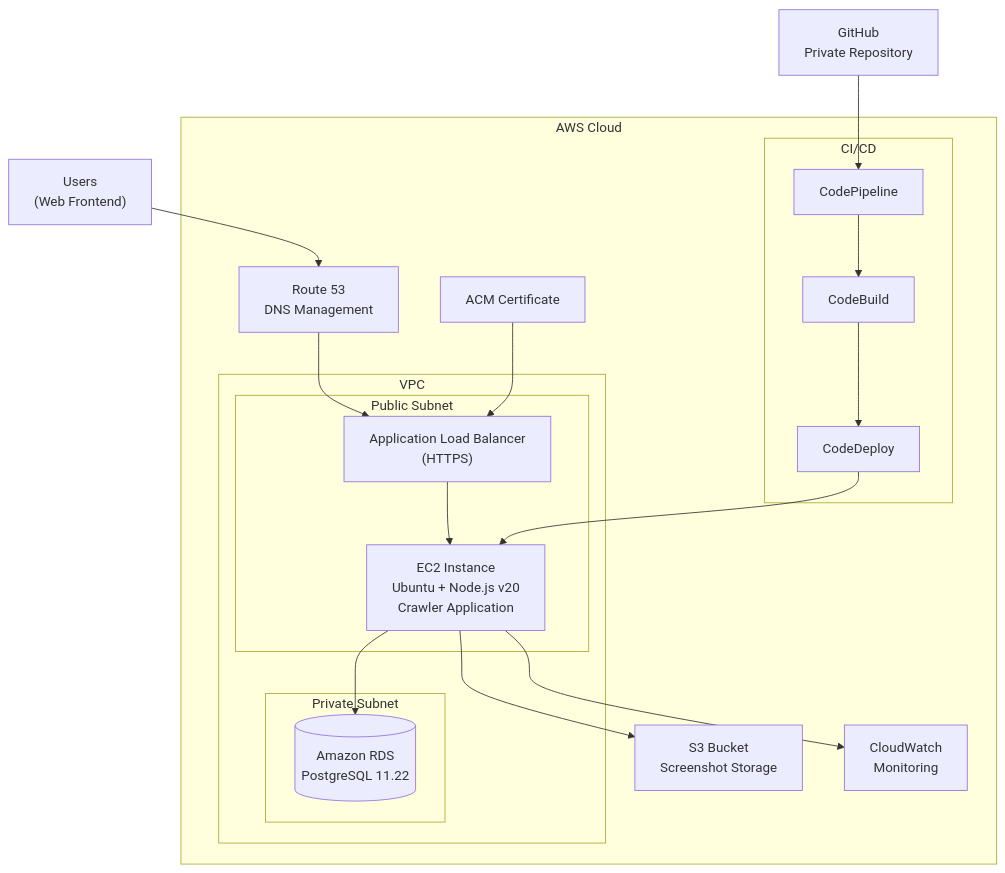
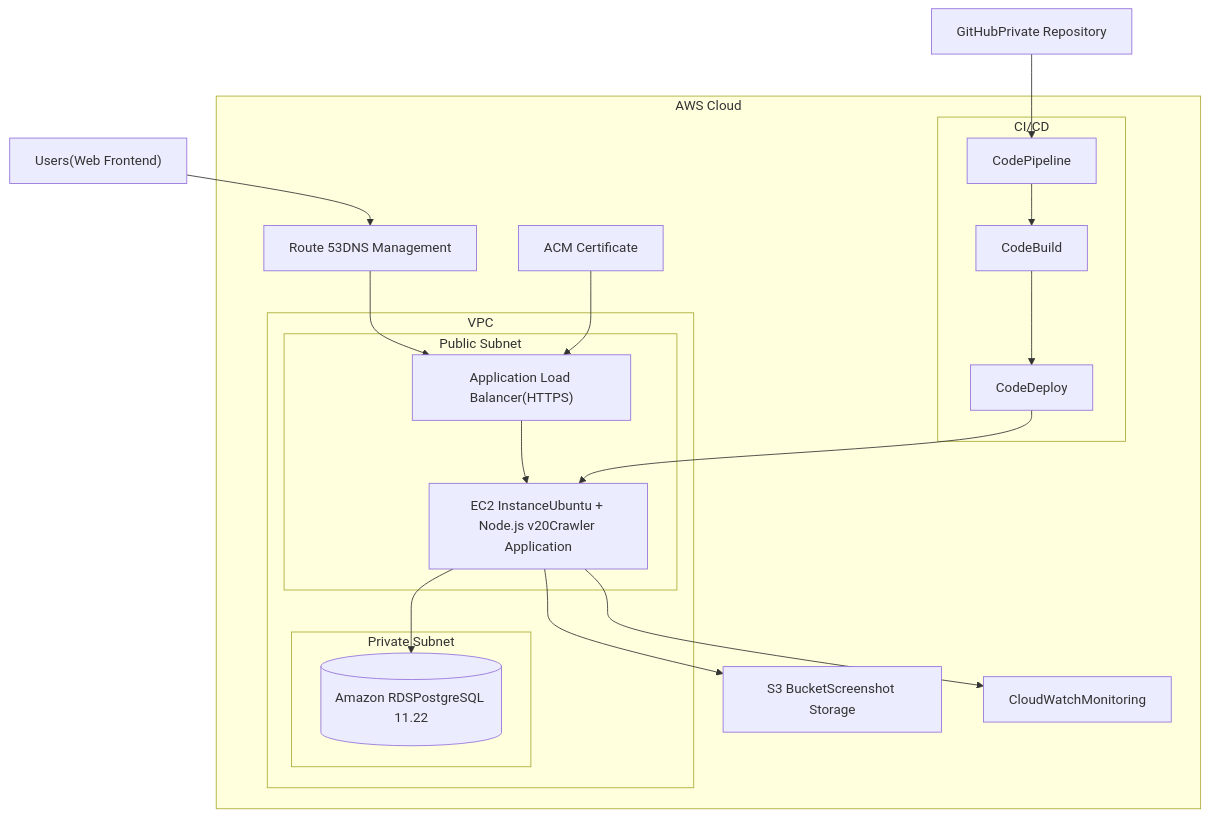
Before and after one commit to yungjakey/ski-crawler: the diagram in aws.md, drawn with Mermaid.

````diff
--- a/aws.md
+++ b/aws.md
@@ -3,41 +3,42 @@
 ```mermaid
 flowchart TB
     subgraph "AWS Cloud"
         subgraph "VPC"
             subgraph "Public Subnet"
-                ALB["Application Load Balancer\n(HTTPS)"]
-                EC2["EC2 Instance\nUbuntu + Node.js v20\nCrawler Application"]
+                ALB["Application Load Balancer(HTTPS)"]
+                EC2["EC2 InstanceUbuntu + Node.js v20Crawler Application"]
             end
 
             subgraph "Private Subnet"
-                RDS[("Amazon RDS\nPostgreSQL 11.22")]
+                RDS[("Amazon RDSPostgreSQL 11.22")]
             end
         end
 
-        S3["S3 Bucket\nScreenshot Storage"]
-        R53["Route 53\nDNS Management"]
+        S3["S3 BucketScreenshot Storage"]
+        R53["Route 53DNS Management"]
         ACM["ACM Certificate"]
-        CW["CloudWatch\nMonitoring"]
+        CW["CloudWatchMonitoring"]
 
         subgraph "CI/CD"
             CP["CodePipeline"]
             CB["CodeBuild"]
             CD["CodeDeploy"]
         end
     end
 
-    GH["GitHub\nPrivate Repository"]
-    Users["Users\n(Web Frontend)"]
+    GH["GitHubPrivate Repository"]
+    Users["Users(Web Frontend)"]
 
     Users --> R53
     R53 --> ALB
     ALB --> EC2
     EC2 --> RDS
     EC2 --> S3
     GH --> CP
     CP --> CB
     CB --> CD
     CD --> EC2
     ACM --> ALB
     EC2 --> CW
+
 ```
````
